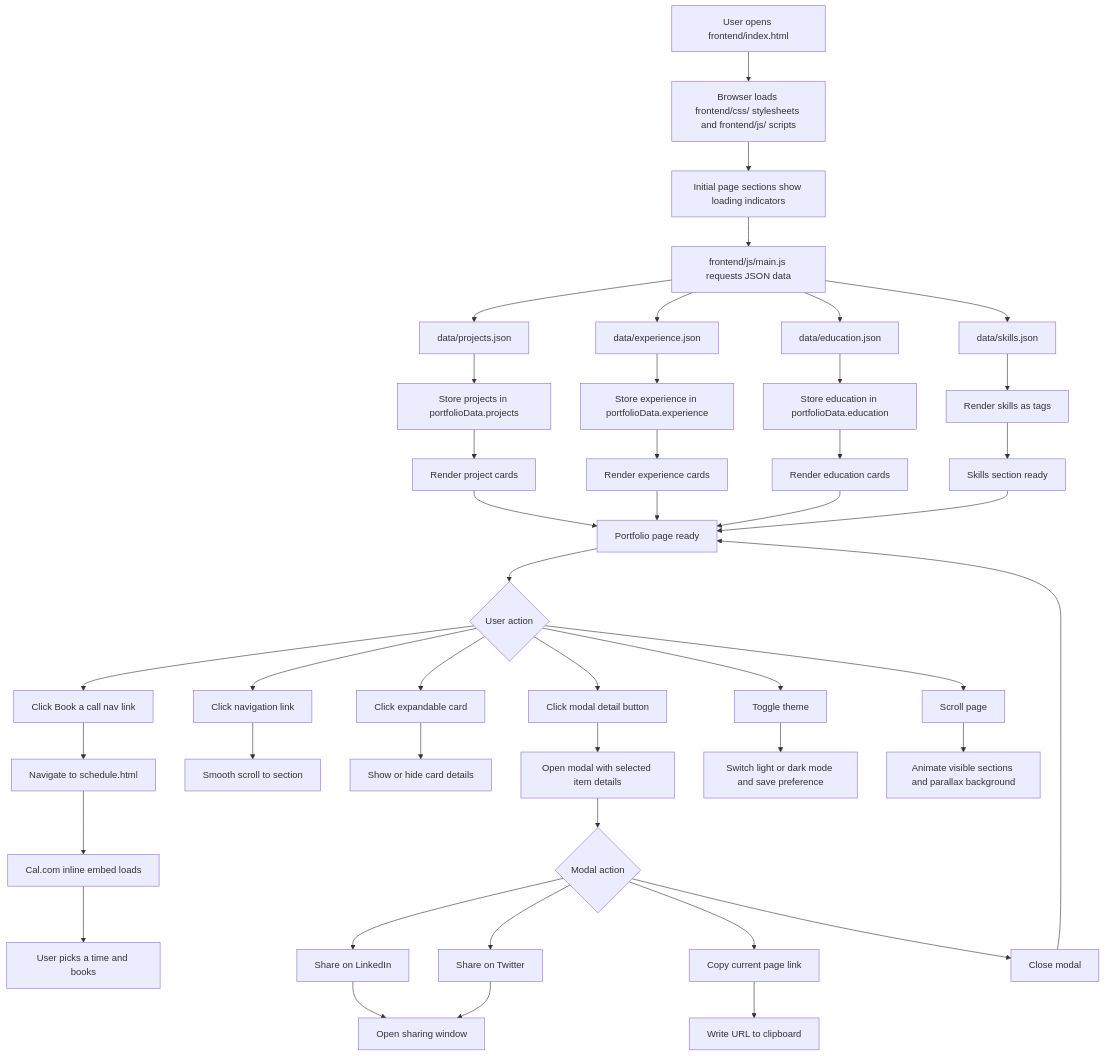
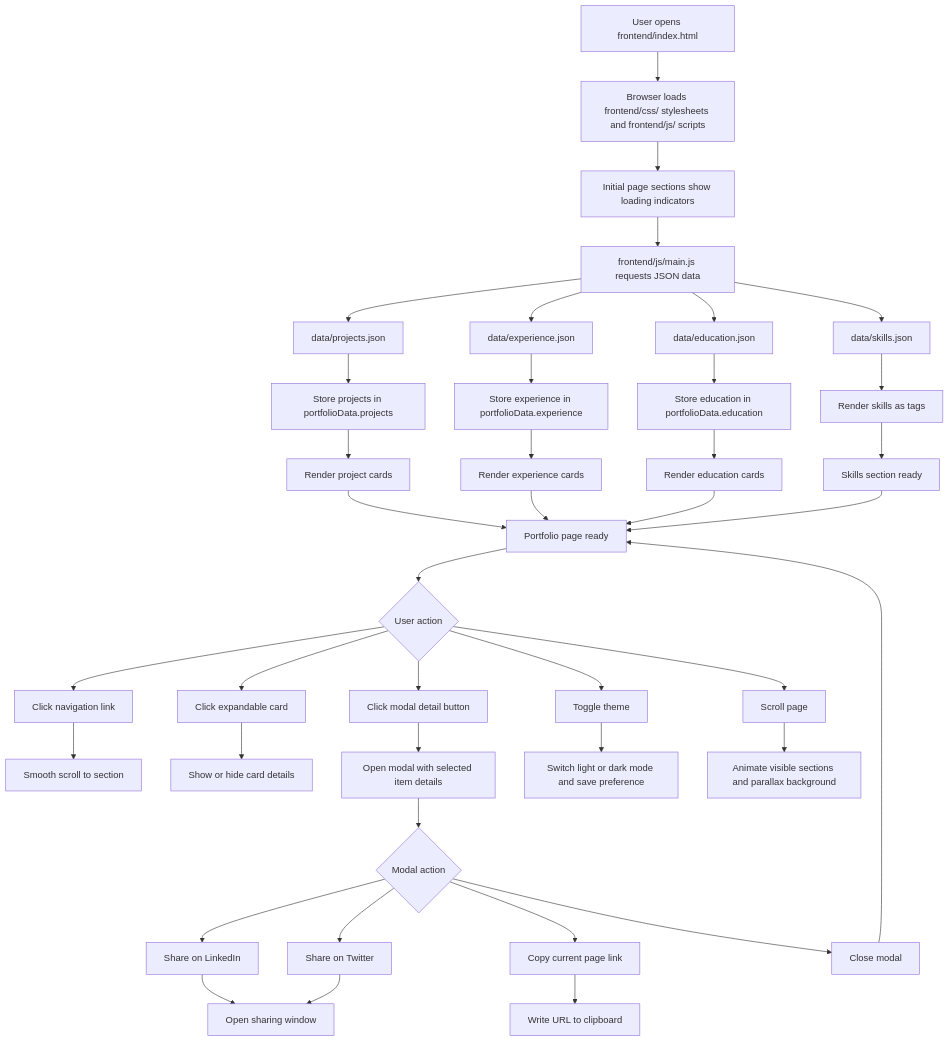
Before and after one commit to AninditB/pages: the first of 2 diagrams in docs/FLOWCHART.md, drawn with Mermaid. The commit also changed 12 other files, not shown here.

First line of the commit message:
Archive the Book a call page

````diff
--- a/docs/FLOWCHART.md
+++ b/docs/FLOWCHART.md
@@ -3,55 +3,50 @@
 ```mermaid
 flowchart TD
     A[User opens frontend/index.html] --> B[Browser loads frontend/css/ stylesheets and frontend/js/ scripts]
     B --> C[Initial page sections show loading indicators]
     C --> D[frontend/js/main.js requests JSON data]
 
     D --> E[data/projects.json]
     D --> F[data/experience.json]
     D --> G[data/education.json]
     D --> H[data/skills.json]
 
     E --> I[Store projects in portfolioData.projects]
     F --> J[Store experience in portfolioData.experience]
     G --> K[Store education in portfolioData.education]
     H --> L[Render skills as tags]
 
     I --> M[Render project cards]
     J --> N[Render experience cards]
     K --> O[Render education cards]
     L --> P[Skills section ready]
 
     M --> Q[Portfolio page ready]
     N --> Q
     O --> Q
     P --> Q
 
     Q --> R{User action}
     R --> S[Click navigation link]
     R --> T[Click expandable card]
     R --> U[Click modal detail button]
     R --> V[Toggle theme]
     R --> W[Scroll page]
-    R --> S2["Click Book a call nav link"]
-
-    S2 --> X2[Navigate to schedule.html]
-    X2 --> Y2[Cal.com inline embed loads]
-    Y2 --> Z2[User picks a time and books]
 
     S --> X[Smooth scroll to section]
     T --> Y[Show or hide card details]
     U --> Z[Open modal with selected item details]
     V --> AA[Switch light or dark mode and save preference]
     W --> AB[Animate visible sections and parallax background]
 
     Z --> AC{Modal action}
     AC --> AD[Share on LinkedIn]
     AC --> AE[Share on Twitter]
     AC --> AF[Copy current page link]
     AC --> AG[Close modal]
 
     AD --> AH[Open sharing window]
     AE --> AH
     AF --> AI[Write URL to clipboard]
     AG --> Q
 ```
````
